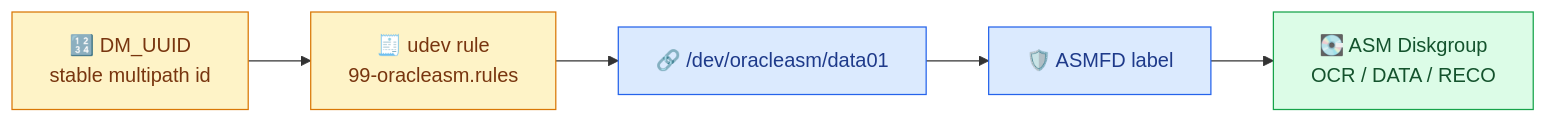
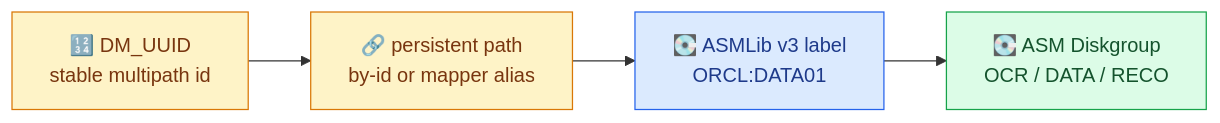
Before and after one commit to bozpain/oracle-install-replication-framework: the third of 4 diagrams in docs/deployment_guide.md, drawn with Mermaid. The commit also changed other lines of this file and 16 other files, not shown here.

````diff
--- a/docs/deployment_guide.md
+++ b/docs/deployment_guide.md
@@ -268,17 +268,16 @@
 ```mermaid
 flowchart LR
     uuid["🔢 DM_UUID<br/>stable multipath id"]
-    rule["🧾 udev rule<br/>99-oracleasm.rules"]
-    link["🔗 /dev/oracleasm/data01"]
-    afd["🛡️ ASMFD label"]
+    path["🔗 persistent path<br/>by-id or mapper alias"]
+    label["💽 ASMLib v3 label<br/>ORCL:DATA01"]
     dg["💽 ASM Diskgroup<br/>OCR / DATA / RECO"]
 
-    uuid --> rule --> link --> afd --> dg
+    uuid --> path --> label --> dg
 
     classDef amber fill:#FEF3C7,stroke:#D97706,color:#78350F
     classDef blue fill:#DBEAFE,stroke:#2563EB,color:#1E3A8A
     classDef green fill:#DCFCE7,stroke:#16A34A,color:#14532D
-    class uuid,rule amber
-    class link,afd blue
+    class uuid,path amber
+    class label blue
     class dg green
 ```
````
